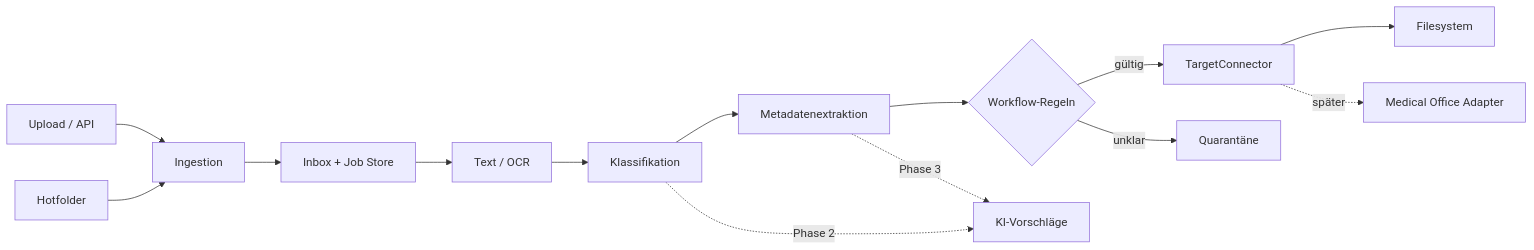
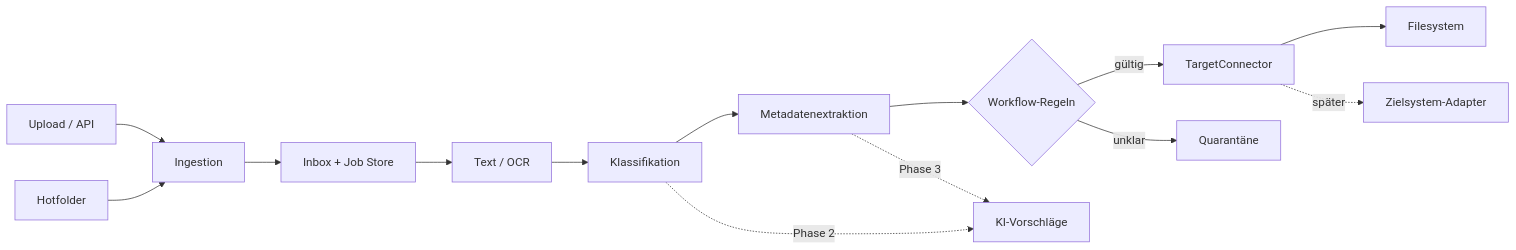
The diagram in docs/ARCHITECTURE.md (ley338-gif/DocumentFeeder), drawn with Mermaid before and after one commit. The commit also changed other lines of this file and 20 other files, not shown here.

Commit message:
feat: add generic document review and release flow

````diff
--- a/docs/ARCHITECTURE.md
+++ b/docs/ARCHITECTURE.md
@@ -7,16 +7,16 @@
 ```mermaid
 flowchart LR
   U["Upload / API"] --> I["Ingestion"]
   H["Hotfolder"] --> I
   I --> S["Inbox + Job Store"]
   S --> O["Text / OCR"]
   O --> C["Klassifikation"]
   C --> M["Metadatenextraktion"]
   M --> W{"Workflow-Regeln"}
   W -->|gültig| X["TargetConnector"]
   W -->|unklar| Q["Quarantäne"]
   X --> F["Filesystem"]
-  X -. später .-> MO["Medical Office Adapter"]
+  X -. später .-> TS["Zielsystem-Adapter"]
   C -. Phase 2 .-> AI["KI-Vorschläge"]
   M -. Phase 3 .-> AI
 ```
````
